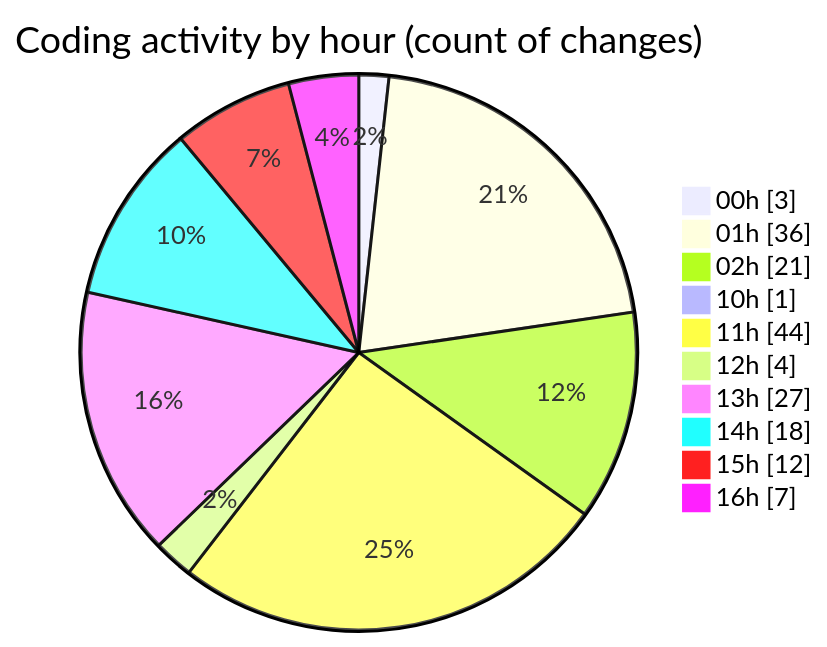
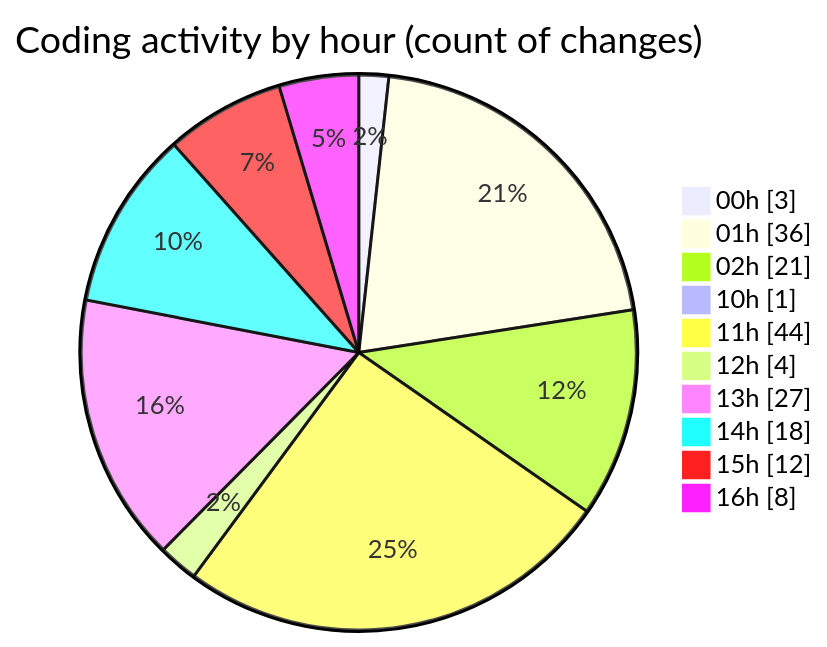
One commit to lephambinh05/code-tracking changed the second of 2 diagrams in 2025-09-05/hiai-phf/README.md. Above: the diagram before and after it, drawn with Mermaid. The commit also changed other lines of this file and 1 other file, not shown here.

````diff
--- a/2025-09-05/hiai-phf/README.md
+++ b/2025-09-05/hiai-phf/README.md
@@ -87,14 +87,14 @@
 ```mermaid
 pie showData
 title Coding activity by hour (count of changes)
 "00h" : 3
 "01h" : 36
 "02h" : 21
 "10h" : 1
 "11h" : 44
 "12h" : 4
 "13h" : 27
 "14h" : 18
 "15h" : 12
-"16h" : 7
+"16h" : 8
 ```
````
